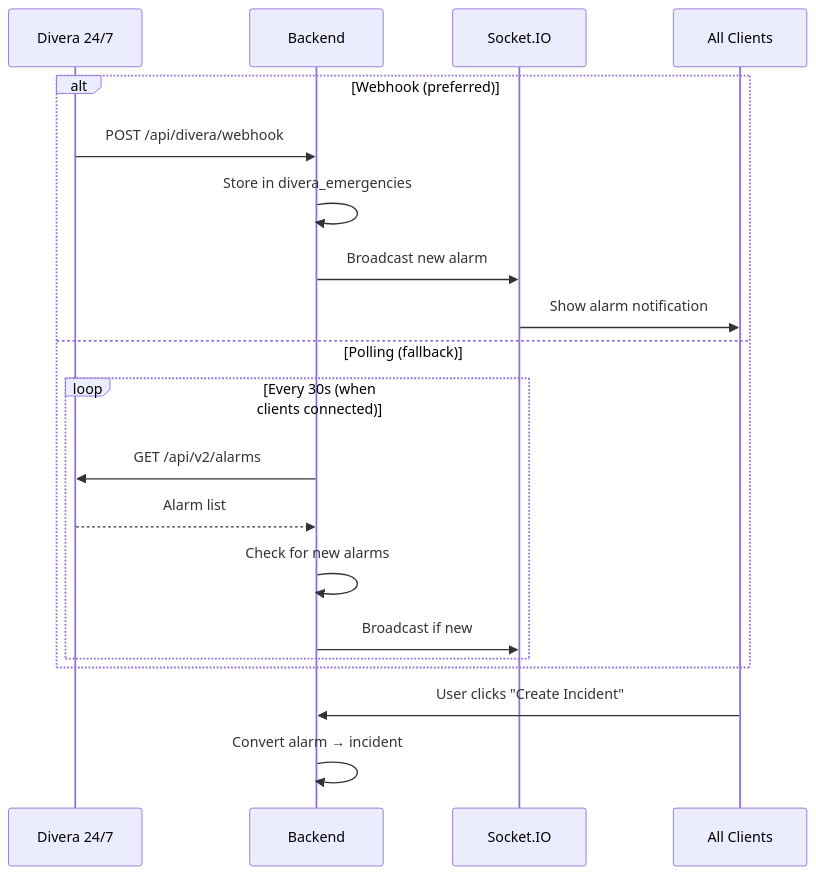
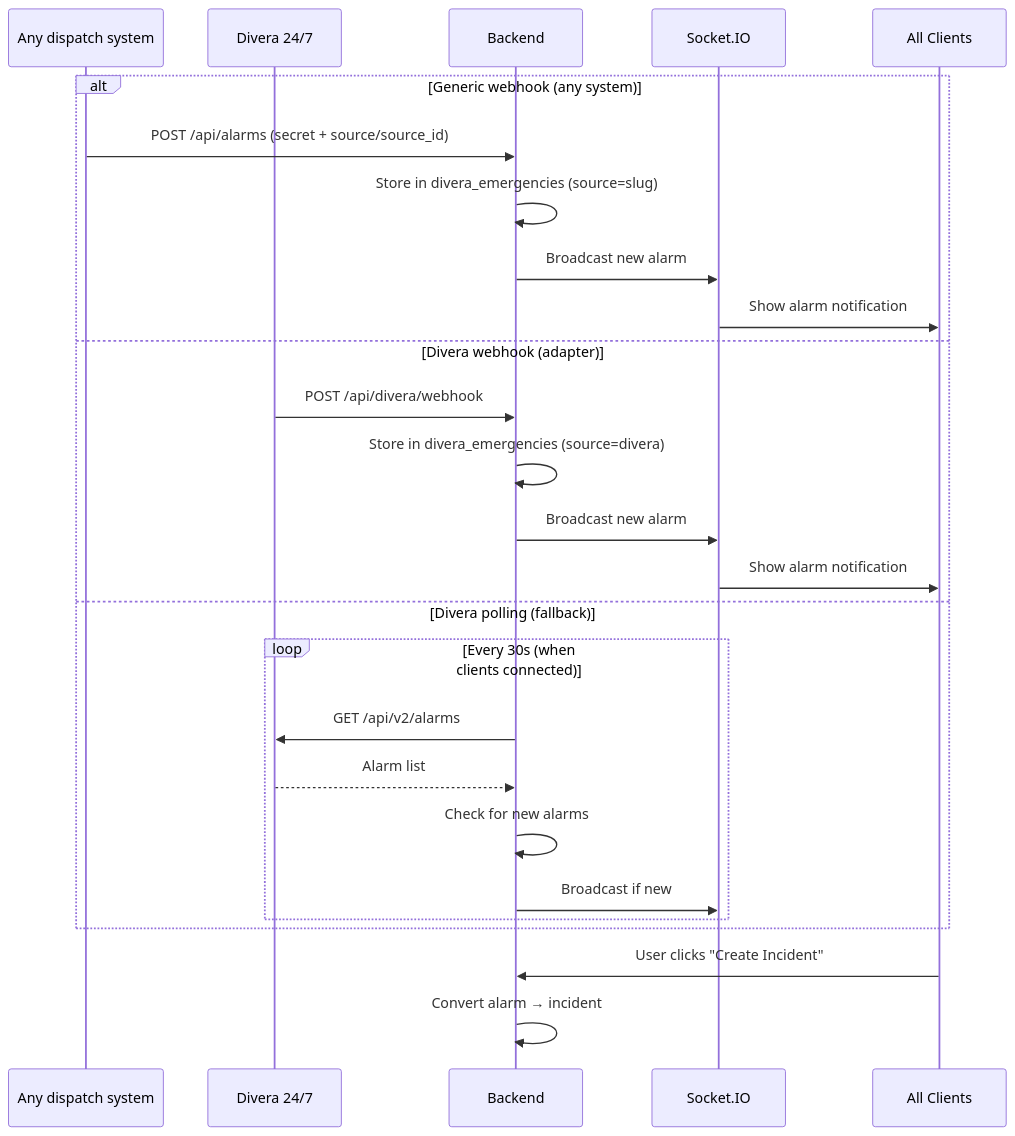
One commit to feuerwehr-oberwil/kp-rueck changed the eighth of 10 diagrams in docs/ARCHITECTURE.md. Above: the diagram before and after it, drawn with Mermaid. The commit also changed other lines of this file and 9 other files, not shown here.

````diff
--- a/docs/ARCHITECTURE.md
+++ b/docs/ARCHITECTURE.md
@@ -338,24 +346,30 @@
 ```mermaid
 sequenceDiagram
+    participant X as Any dispatch system
     participant D as Divera 24/7
     participant B as Backend
     participant WS as Socket.IO
     participant C as All Clients
 
-    alt Webhook (preferred)
-        D->>B: POST /api/divera/webhook
-        B->>B: Store in divera_emergencies
+    alt Generic webhook (any system)
+        X->>B: POST /api/alarms (secret + source/source_id)
+        B->>B: Store in divera_emergencies (source=slug)
         B->>WS: Broadcast new alarm
         WS->>C: Show alarm notification
-    else Polling (fallback)
+    else Divera webhook (adapter)
+        D->>B: POST /api/divera/webhook
+        B->>B: Store in divera_emergencies (source=divera)
+        B->>WS: Broadcast new alarm
+        WS->>C: Show alarm notification
+    else Divera polling (fallback)
         loop Every 30s (when clients connected)
             B->>D: GET /api/v2/alarms
             D-->>B: Alarm list
             B->>B: Check for new alarms
             B->>WS: Broadcast if new
         end
     end
 
     C->>B: User clicks "Create Incident"
     B->>B: Convert alarm → incident
 ```
````
